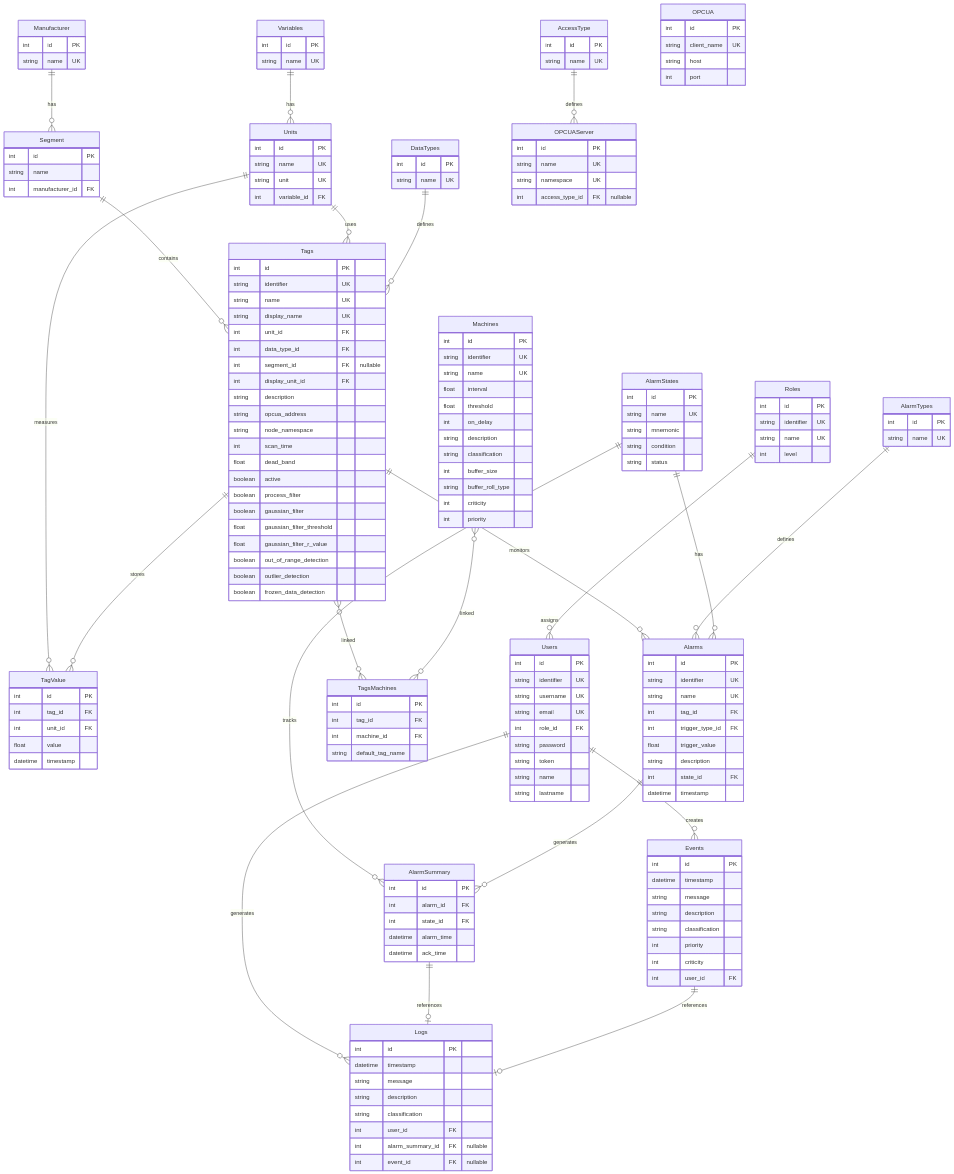
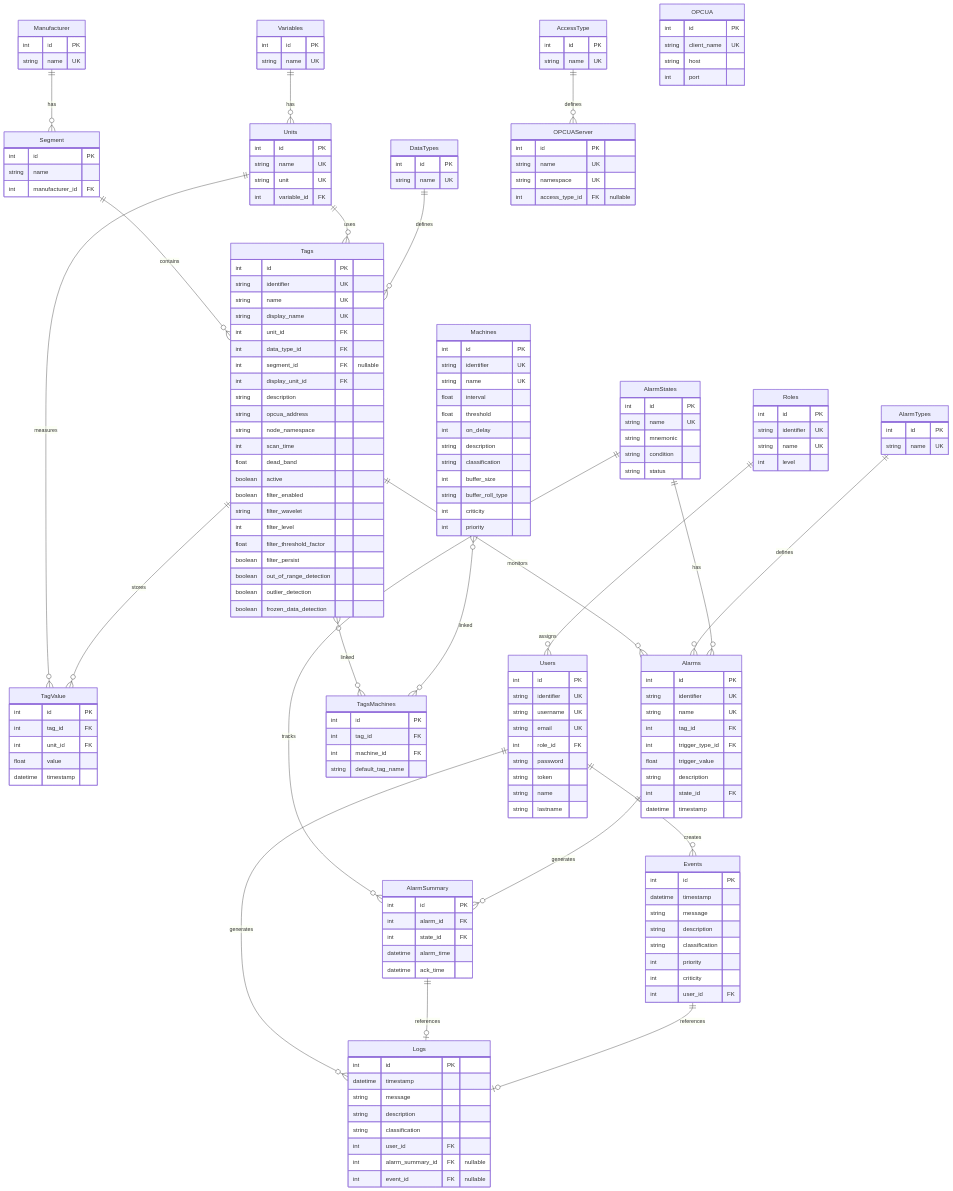
One commit to know-ai/PyAutomation changed the diagram in docs/Developments_Guide/API/db_models/index.md. Above: the diagram before and after it, drawn with Mermaid. The commit also changed 46 other files, not shown here.

Commit message:
[ADD] Wavelet RT Process Filter

```diff
--- a/docs/Developments_Guide/API/db_models/index.md
+++ b/docs/Developments_Guide/API/db_models/index.md
@@ -72,10 +72,11 @@
         int scan_time
         float dead_band
         boolean active
-        boolean process_filter
-        boolean gaussian_filter
-        float gaussian_filter_threshold
-        float gaussian_filter_r_value
+        boolean filter_enabled
+        string filter_wavelet
+        int filter_level
+        float filter_threshold_factor
+        boolean filter_persist
         boolean out_of_range_detection
         boolean outlier_detection
         boolean frozen_data_detection
```
